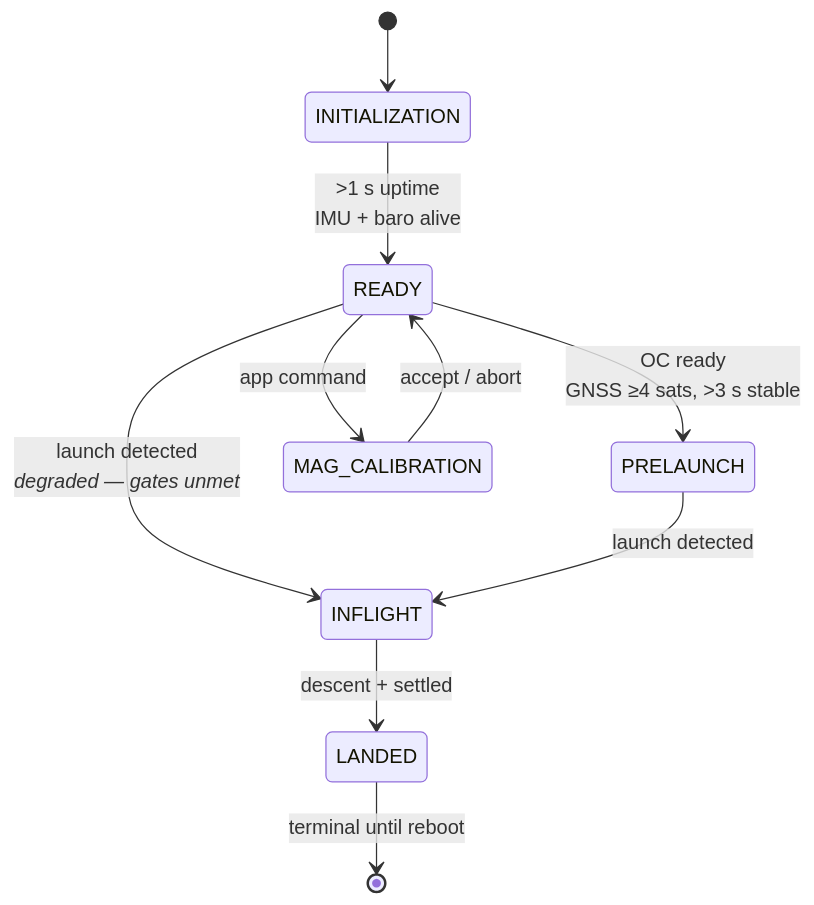
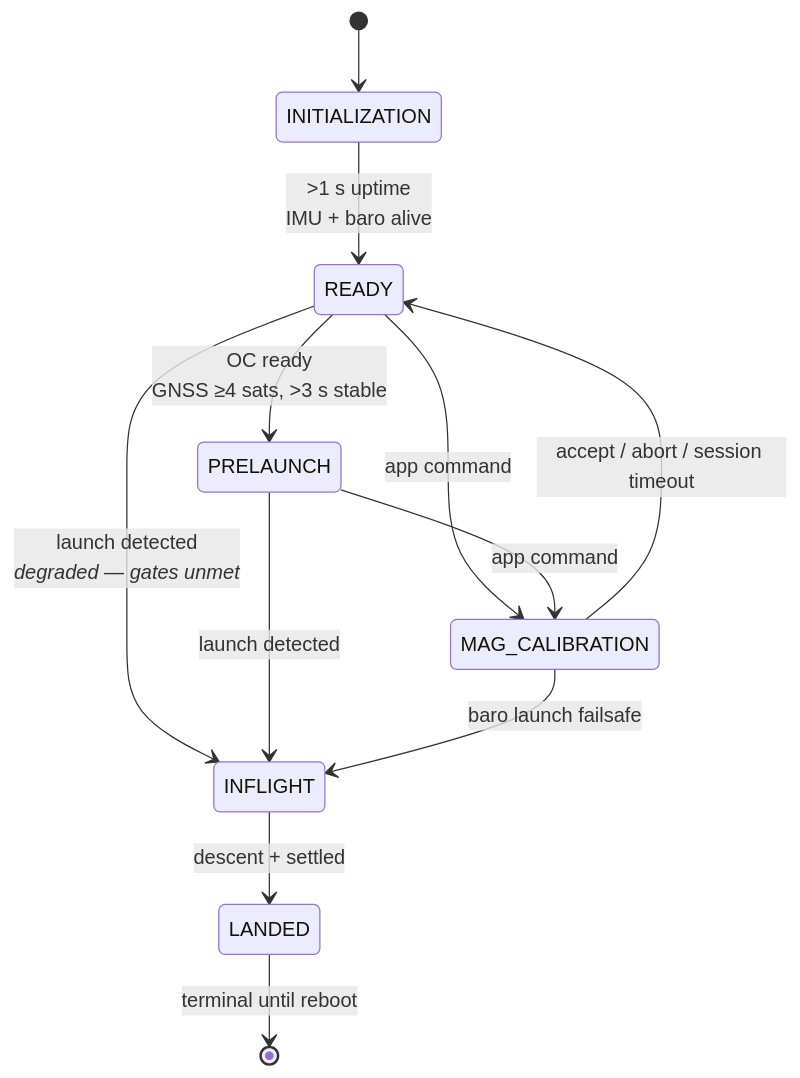
Before and after one commit to Tinkerbug-Robotics/TinkerRocket: the second of 2 diagrams in docs/architecture/flight-computer.md, drawn with Mermaid. The commit also changed other lines of this file and 2 other files, not shown here.

````diff
--- a/docs/architecture/flight-computer.md
+++ b/docs/architecture/flight-computer.md
@@ -101,12 +101,14 @@
 ```mermaid
 stateDiagram-v2
     [*] --> INITIALIZATION
     INITIALIZATION --> READY: >1 s uptime<br/>IMU + baro alive
     READY --> PRELAUNCH: OC ready<br/>GNSS ≥4 sats, >3 s stable
     READY --> INFLIGHT: launch detected<br/><i>degraded — gates unmet</i>
     PRELAUNCH --> INFLIGHT: launch detected
     INFLIGHT --> LANDED: descent + settled
     LANDED --> [*]: terminal until reboot
     READY --> MAG_CALIBRATION: app command
-    MAG_CALIBRATION --> READY: accept / abort
+    PRELAUNCH --> MAG_CALIBRATION: app command
+    MAG_CALIBRATION --> READY: accept / abort / session timeout
+    MAG_CALIBRATION --> INFLIGHT: baro launch failsafe
 ```
````
